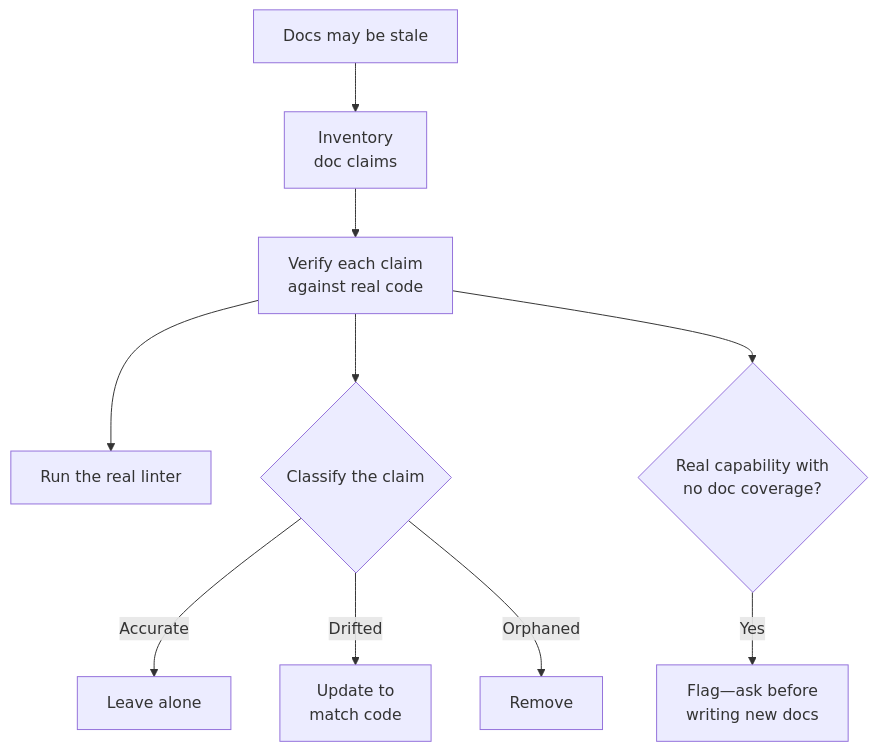
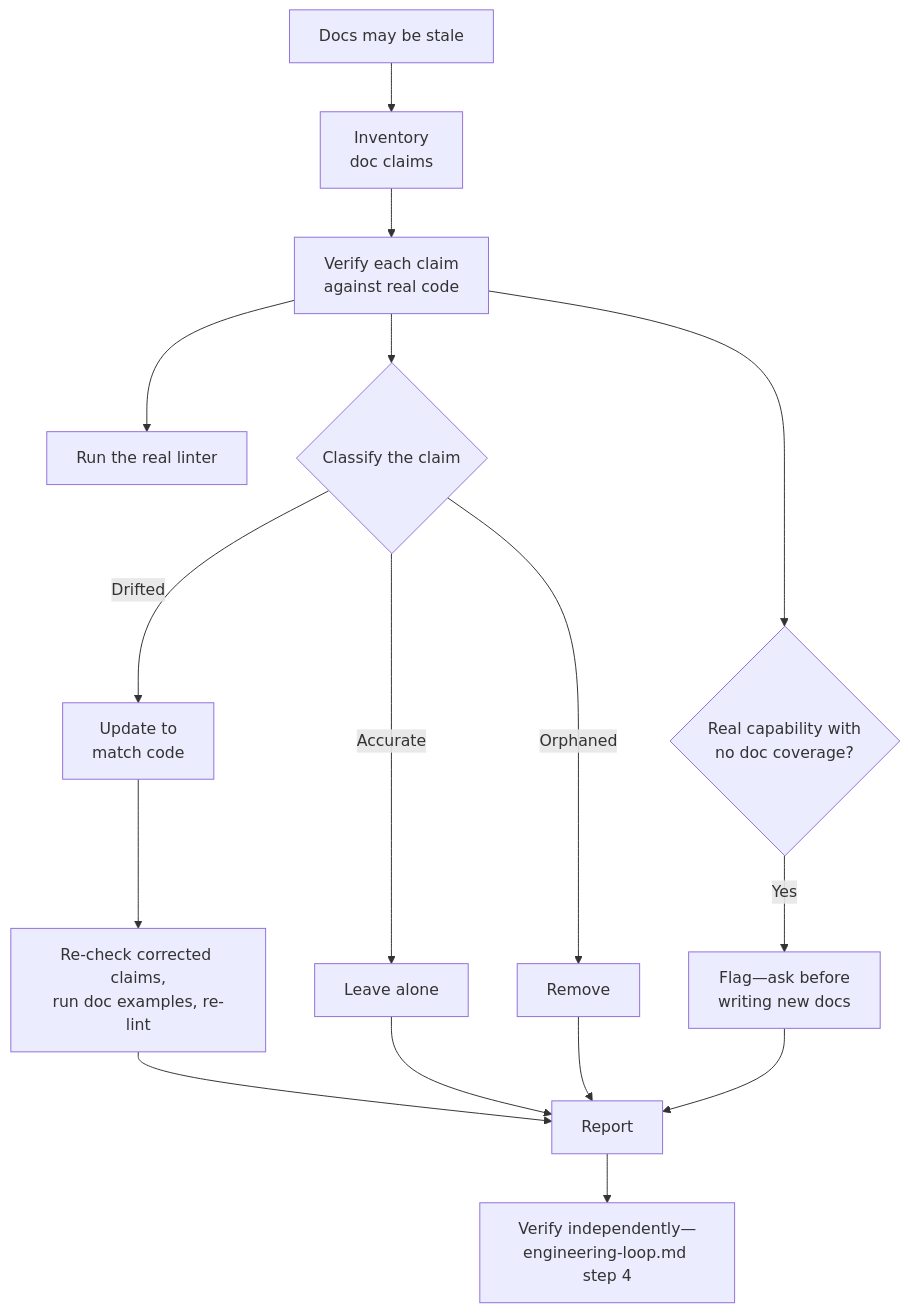
Before and after one commit to chiragmangaldev3112/agent-playbooks: diagram 13 of 38 in FLOWS.md, drawn with Mermaid. The commit also changed other lines of this file and 6 other files, not shown here.

First line of the commit message:
Sync docs for content 1.29.0: flows, examples, changelog, custom bots

````diff
--- a/FLOWS.md
+++ b/FLOWS.md
@@ -216,12 +252,18 @@
 ```mermaid
 flowchart TD
     A[Docs may be stale] --> B[Inventory\ndoc claims]
     B --> C[Verify each claim\nagainst real code]
     C --> D[Run the real linter]
     C --> E{Classify the claim}
     E -->|Accurate| F[Leave alone]
     E -->|Drifted| G[Update to\nmatch code]
     E -->|Orphaned| H[Remove]
     C --> I{Real capability with\nno doc coverage?}
     I -->|Yes| J[Flag—ask before\nwriting new docs]
+    G --> R[Re-check corrected claims,\nrun doc examples, re-lint]
+    R --> S[Report]
+    F --> S
+    H --> S
+    J --> S
+    S --> V[Verify independently—\nengineering-loop.md step 4]
 ```
````
